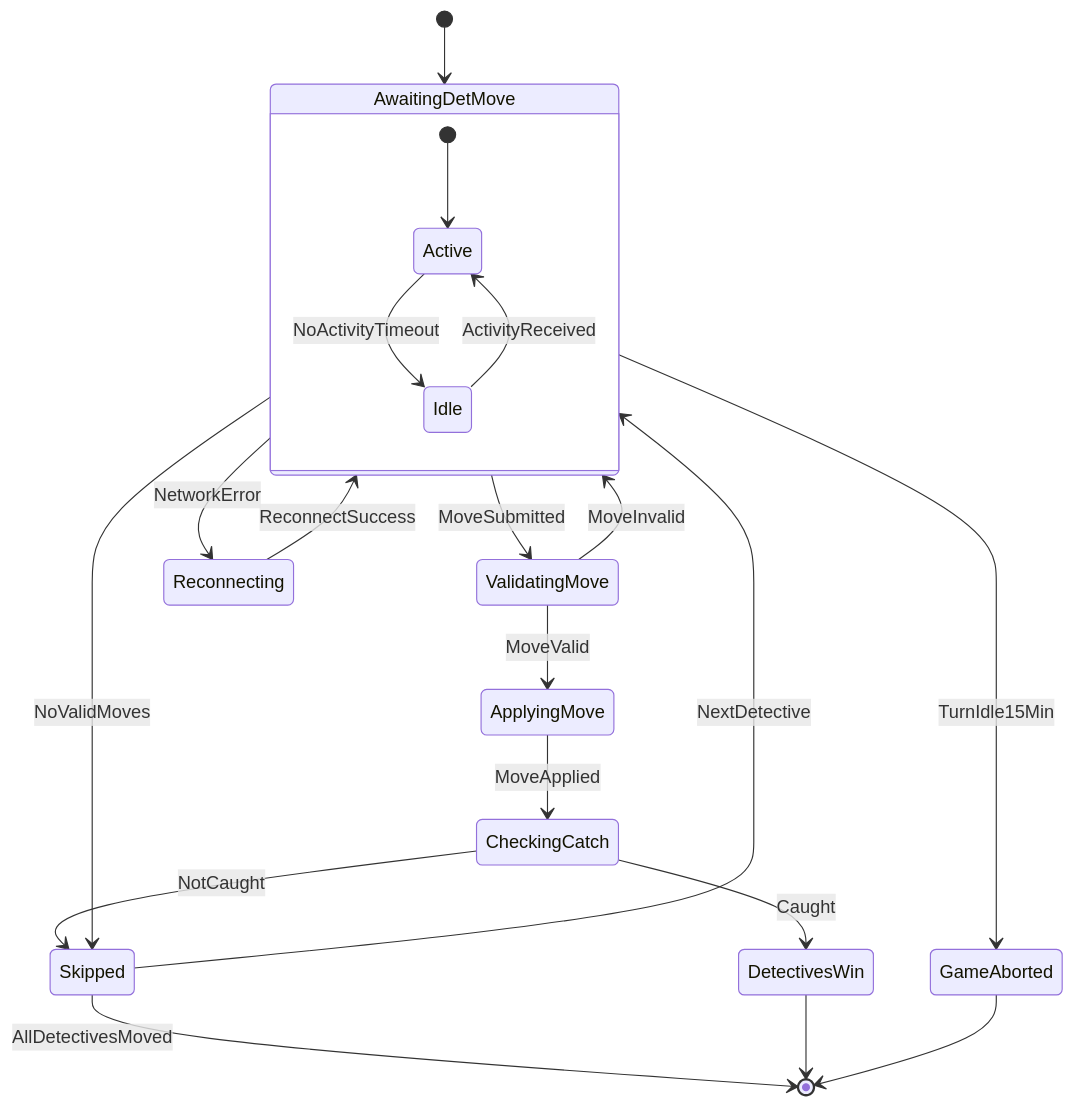
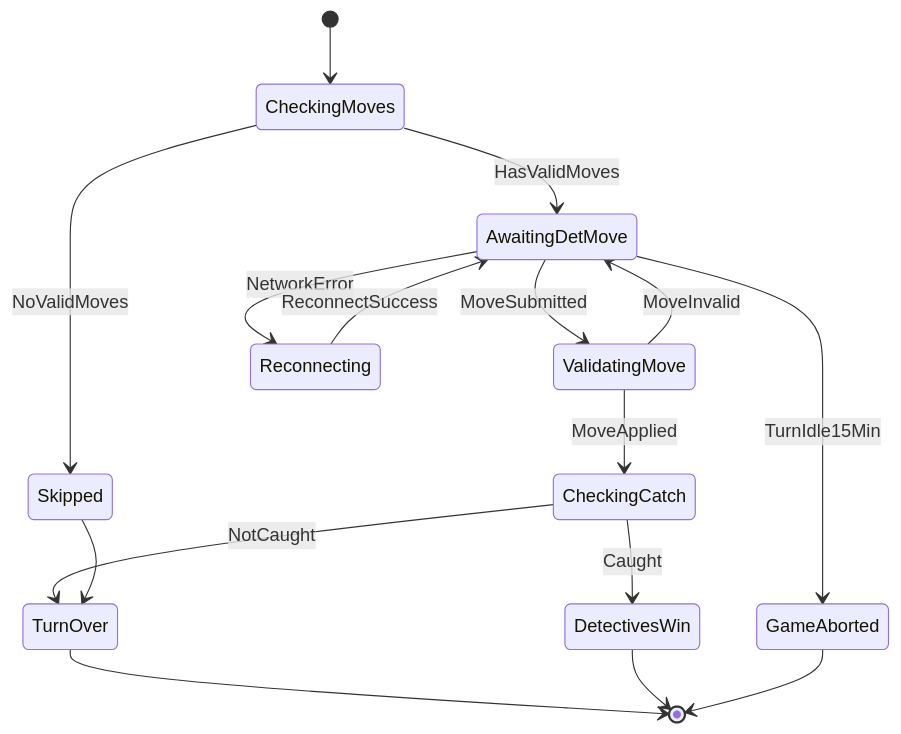
The third of 3 diagrams in documentation/plans/states-diagrams.md (Ming-Bao/HuntingMrX), drawn with Mermaid before and after one commit. The commit also changed other lines of this file and 9 other files, not shown here.

First line of the commit message:
docs: sync README, spec, guides, diagrams and OpenAPI with the code

````diff
--- a/documentation/plans/states-diagrams.md
+++ b/documentation/plans/states-diagrams.md
@@ -78,28 +69,22 @@
 ```mermaid
 stateDiagram-v2
     direction TB
 
-    [*] --> AwaitingDetMove
-
-    state AwaitingDetMove {
-        [*] --> Active
-        Active --> Idle : NoActivityTimeout
-        Idle --> Active : ActivityReceived
-    }
+    [*] --> CheckingMoves
+    CheckingMoves --> Skipped : NoValidMoves
+    CheckingMoves --> AwaitingDetMove : HasValidMoves
 
     AwaitingDetMove --> ValidatingMove : MoveSubmitted
-    AwaitingDetMove --> Skipped : NoValidMoves
     AwaitingDetMove --> GameAborted : TurnIdle15Min
     AwaitingDetMove --> Reconnecting : NetworkError
     Reconnecting --> AwaitingDetMove : ReconnectSuccess
 
     ValidatingMove --> AwaitingDetMove : MoveInvalid
-    ValidatingMove --> ApplyingMove : MoveValid
-    ApplyingMove --> CheckingCatch : MoveApplied
+    ValidatingMove --> CheckingCatch : MoveApplied
     CheckingCatch --> DetectivesWin : Caught
-    CheckingCatch --> Skipped : NotCaught
-    Skipped --> AwaitingDetMove : NextDetective
-    Skipped --> [*] : AllDetectivesMoved
+    CheckingCatch --> TurnOver : NotCaught
+    Skipped --> TurnOver
+    TurnOver --> [*]
     DetectivesWin --> [*]
     GameAborted --> [*]
 ```
````
